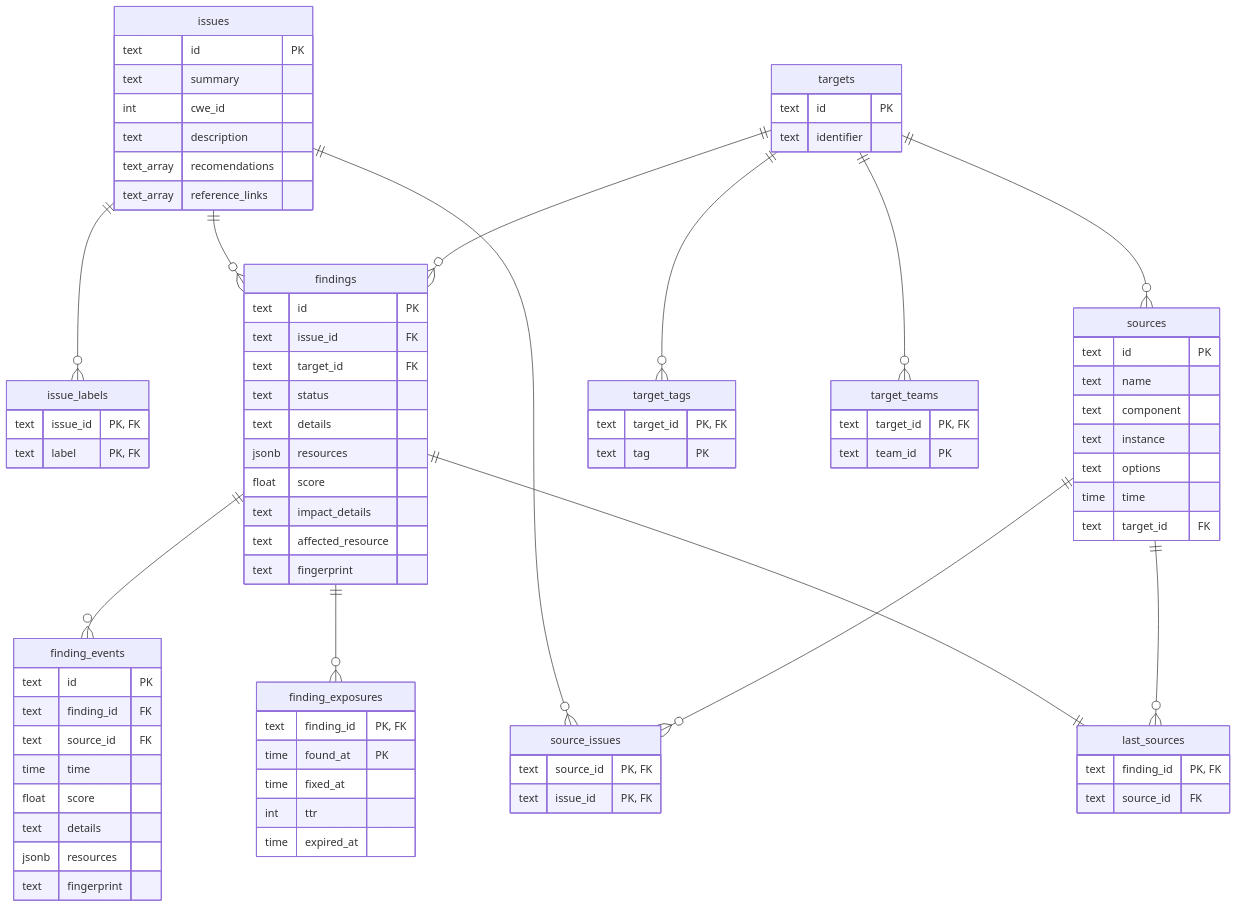
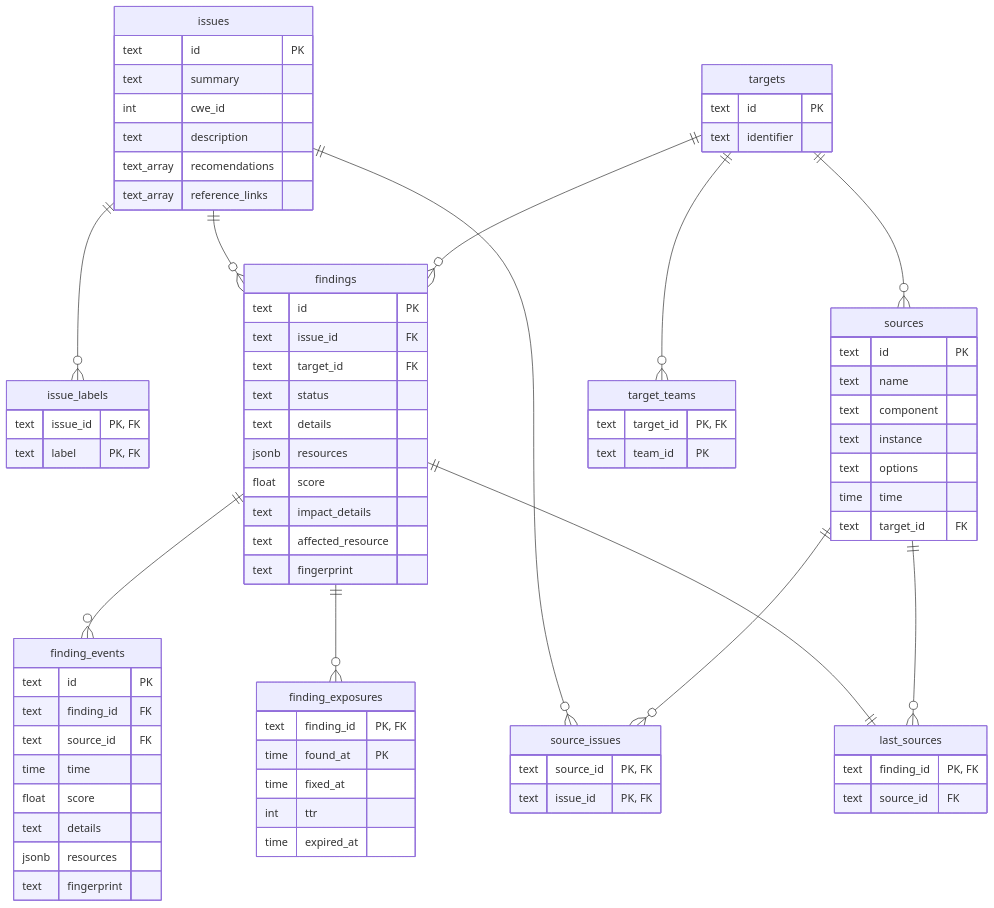
The first of 3 diagrams in docs/data-models.md (adevinta/vulcan-docs), drawn with Mermaid before and after one commit. The commit also changed other lines of this file, not shown here.

Commit message:
Remove tags from Vulnerability DB

```diff
--- a/docs/data-models.md
+++ b/docs/data-models.md
@@ -71,15 +71,10 @@
       text id "PK"
       text identifier
     }
-    target_tags {
-      text target_id "PK, FK"
-      text tag "PK"
-    }
     target_teams {
       text target_id "PK, FK"
       text team_id "PK"
     }
-    targets ||--o{ target_tags : ""
     targets ||--o{ target_teams : ""
     targets ||--o{ findings : ""
     targets ||--o{ sources : ""
```
